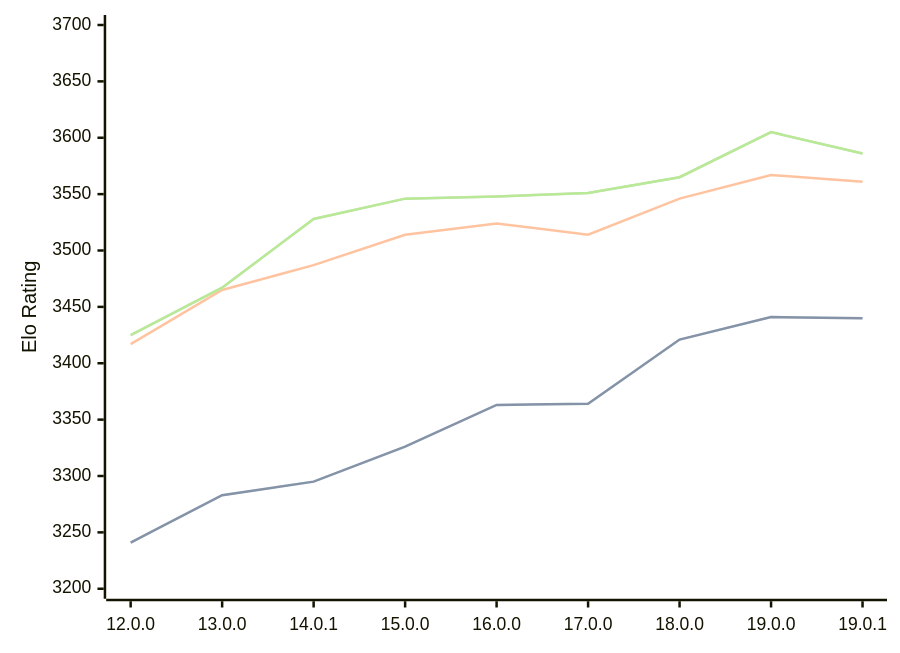
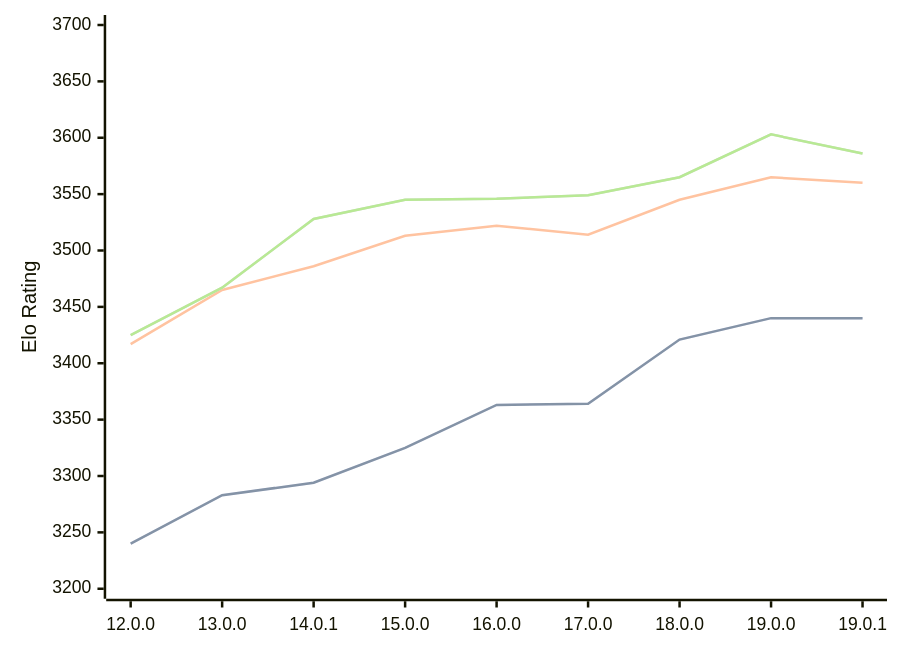
Before and after one commit to computer-chess-index/cci: the diagram in engines/Viridithas.md, drawn with Mermaid. The commit also changed other lines of this file, not shown here.

Commit message:
Update CCI Ratings (ELO VLTC) - 2026-04-17

````diff
--- a/engines/Viridithas.md
+++ b/engines/Viridithas.md
@@ -63,11 +63,11 @@
 ```mermaid
 %%{init: {"theme":"base","themeVariables":{"seriesColors:['#a3a3a3','#222221','#faa371']}}}%%
 xychart-beta
   x-axis ["12.0.0", "13.0.0", "14.0.1", "15.0.0", "16.0.0", "17.0.0", "18.0.0", "19.0.0", "19.0.1"]
   y-axis "Elo Rating" 3200 --> 3700
-  line "STC (8.0+0.08s)" [3241, 3283, 3295, 3326, 3363, 3364, 3421, 3441, 3440]
-  line "STC (8.0+0.08s)" [3241, 3283, 3295, 3326, 3363, 3364, 3421, 3441, 3440]
-  line "LTC (60.0+0.60s)" [3417, 3465, 3487, 3514, 3524, 3514, 3546, 3567, 3561]
-  line "VLTC (2m24s+1.12s)" [3425, 3467, 3528, 3546, 3548, 3551, 3565, 3605, 3586]
-  line "VLTC (2m24s+1.12s)" [3425, 3467, 3528, 3546, 3548, 3551, 3565, 3605, 3586]
+  line "STC (8.0+0.08s)" [3240, 3283, 3294, 3325, 3363, 3364, 3421, 3440, 3440]
+  line "STC (8.0+0.08s)" [3240, 3283, 3294, 3325, 3363, 3364, 3421, 3440, 3440]
+  line "LTC (60.0+0.60s)" [3417, 3465, 3486, 3513, 3522, 3514, 3545, 3565, 3560]
+  line "VLTC (2m24s+1.12s)" [3425, 3467, 3528, 3545, 3546, 3549, 3565, 3603, 3586]
+  line "VLTC (2m24s+1.12s)" [3425, 3467, 3528, 3545, 3546, 3549, 3565, 3603, 3586]
 ```
````
